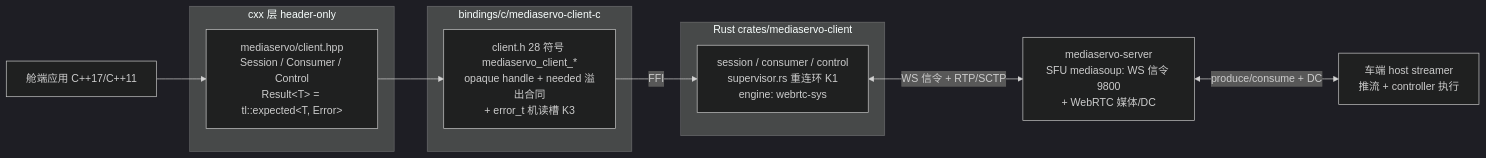
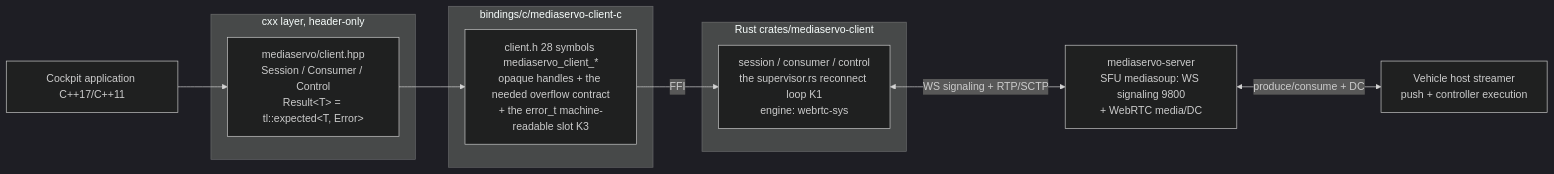
One commit to chengxuewen/MediaServo changed the first of 2 diagrams in docs/reference/sdk-cxx/client.md. Above: the diagram before and after it, drawn with Mermaid (dark theme). The commit also changed other lines of this file and 549 other files, not shown here.

````diff
--- a/docs/reference/sdk-cxx/client.md
+++ b/docs/reference/sdk-cxx/client.md
@@ -29,19 +30,19 @@
 ```mermaid
 flowchart LR
-    APP[舱端应用 C++17/C++11]
-    subgraph CXX[cxx 层 header-only]
+    APP[Cockpit application C++17/C++11]
+    subgraph CXX[cxx layer, header-only]
         H[mediaservo/client.hpp<br/>Session / Consumer / Control<br/>Result&lt;T&gt; = tl::expected&lt;T, Error&gt;]
     end
     subgraph CAB[bindings/c/mediaservo-client-c]
-        C[client.h 28 符号 mediaservo_client_*<br/>opaque handle + needed 溢出合同<br/>+ error_t 机读槽 K3]
+        C[client.h 28 symbols mediaservo_client_*<br/>opaque handles + the needed overflow contract<br/>+ the error_t machine-readable slot K3]
     end
     subgraph RS[Rust crates/mediaservo-client]
-        S[session / consumer / control<br/>supervisor.rs 重连环 K1<br/>engine: webrtc-sys]
+        S[session / consumer / control<br/>the supervisor.rs reconnect loop K1<br/>engine: webrtc-sys]
     end
-    SFU[mediaservo-server<br/>SFU mediasoup: WS 信令 9800<br/>+ WebRTC 媒体/DC]
-    HOST[车端 host streamer<br/>推流 + controller 执行]
+    SFU[mediaservo-server<br/>SFU mediasoup: WS signaling 9800<br/>+ WebRTC media/DC]
+    HOST[Vehicle host streamer<br/>push + controller execution]
 
     APP --> H --> C -->|FFI| S
-    S <-->|WS 信令 + RTP/SCTP| SFU
+    S <-->|WS signaling + RTP/SCTP| SFU
     SFU <-->|produce/consume + DC| HOST
 ```
````
